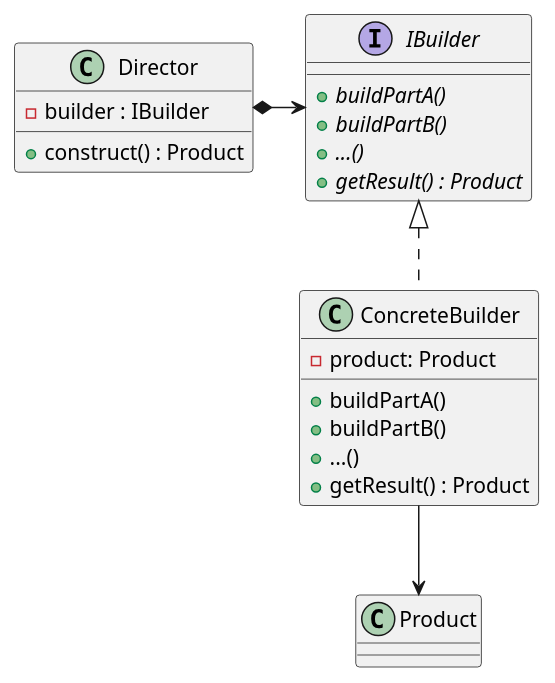
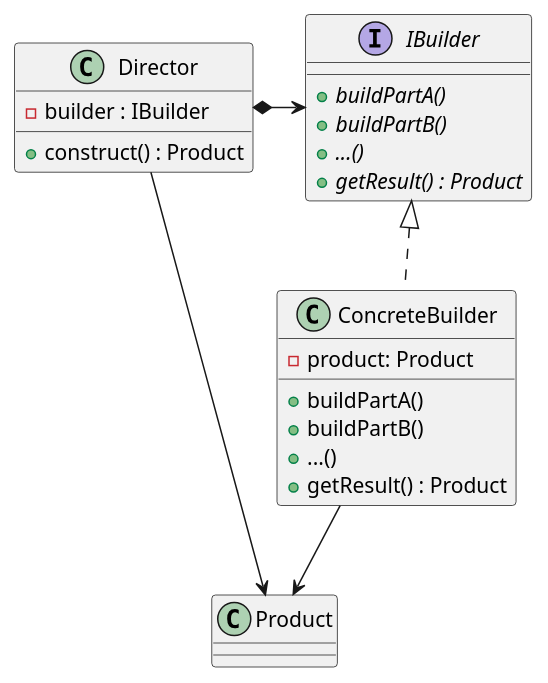
One commit to hugorbarbosa/cpp-design-patterns changed the diagram in designPatterns/Builder/assets/Builder_diagram.puml. Above: the diagram before and after it, drawn with PlantUML. The commit also changed 55 other files, not shown here.

```diff
--- a/designPatterns/Builder/assets/Builder_diagram.puml
+++ b/designPatterns/Builder/assets/Builder_diagram.puml
@@ -1,31 +1,32 @@
 @startuml Builder_diagram
 
 class Product {
 }
 
 class Director {
     + construct() : Product
     - builder : IBuilder
 }
 
 interface IBuilder {
     + {abstract} buildPartA()
     + {abstract} buildPartB()
     + {abstract} ...()
     + {abstract} getResult() : Product
 }
 
 Director *-> IBuilder
+Director --> Product
 
 class ConcreteBuilder {
     + buildPartA()
     + buildPartB()
     + ...()
     + getResult() : Product
     - product: Product
 }
 
 IBuilder <|.. ConcreteBuilder
 ConcreteBuilder --> Product
 
 @enduml
```
